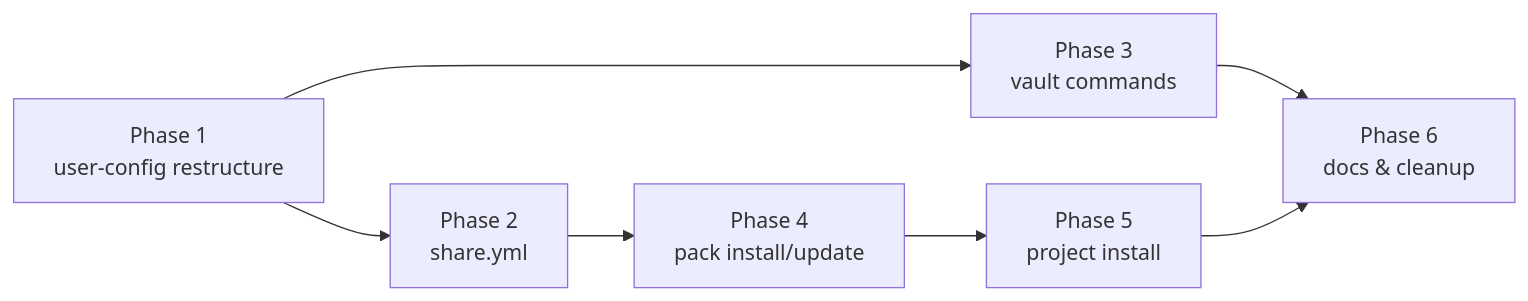
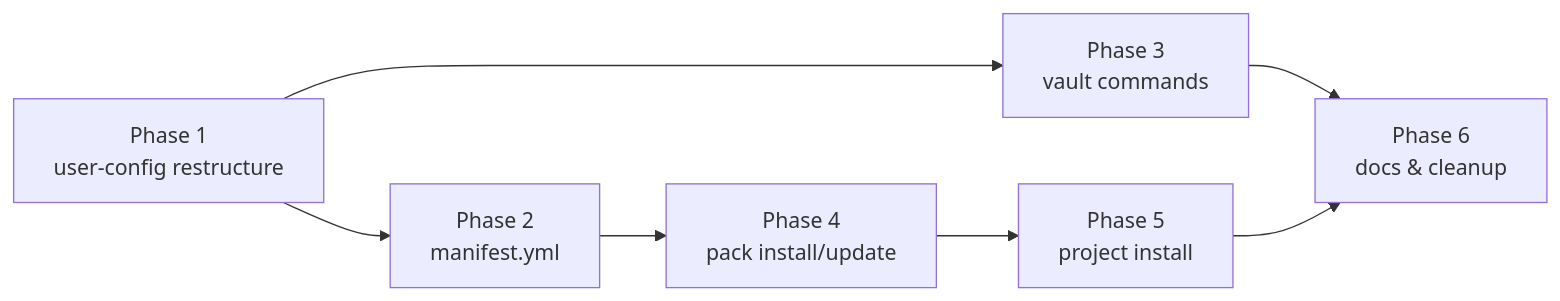
The diagram in docs/maintainer/config-repo/implementation-plan.md (alergyonthestage/claude-orchestrator), drawn with Mermaid before and after one commit. The commit also changed other lines of this file and 21 other files, not shown here.

First line of the commit message:
refactor: rename share → manifest across CLI, lib, tests, and docs

````diff
--- a/docs/maintainer/config-repo/implementation-plan.md
+++ b/docs/maintainer/config-repo/implementation-plan.md
@@ -714,16 +714,16 @@
 ```mermaid
 graph LR
     P1[Phase 1<br/>user-config restructure]
-    P2[Phase 2<br/>share.yml]
+    P2[Phase 2<br/>manifest.yml]
     P3[Phase 3<br/>vault commands]
     P4[Phase 4<br/>pack install/update]
     P5[Phase 5<br/>project install]
     P6[Phase 6<br/>docs & cleanup]
 
     P1 --> P2
     P1 --> P3
     P2 --> P4
     P4 --> P5
     P3 --> P6
     P5 --> P6
 ```
````
